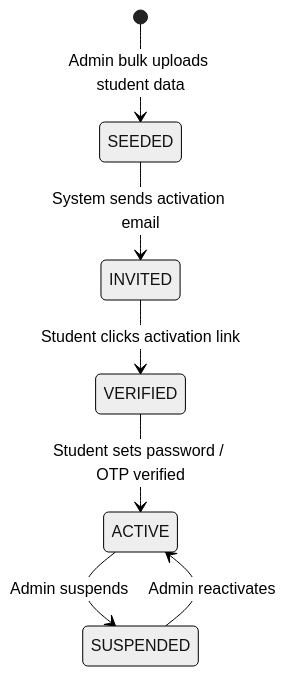
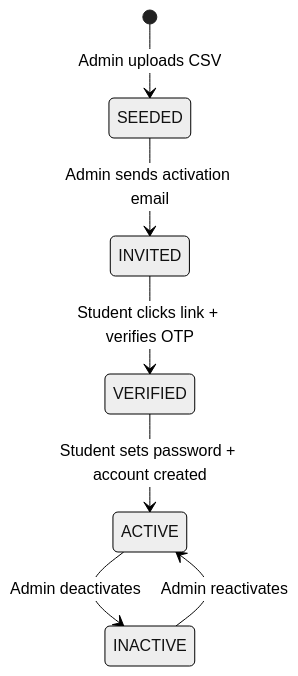
One commit to manoharreddyparne/core_final changed the fourth of 6 diagrams in docs/05_REGISTRATION_AND_ONBOARDING_LIFECYCLE.md. Above: the diagram before and after it, drawn with Mermaid (neutral theme). The commit also changed other lines of this file and 6 other files, not shown here.

````diff
--- a/docs/05_REGISTRATION_AND_ONBOARDING_LIFECYCLE.md
+++ b/docs/05_REGISTRATION_AND_ONBOARDING_LIFECYCLE.md
@@ -95,9 +93,9 @@
 ```mermaid
 stateDiagram-v2
-    [*] --> SEEDED: Admin bulk uploads student data
-    SEEDED --> INVITED: System sends activation email
-    INVITED --> VERIFIED: Student clicks activation link
-    VERIFIED --> ACTIVE: Student sets password / OTP verified
-    ACTIVE --> SUSPENDED: Admin suspends
-    SUSPENDED --> ACTIVE: Admin reactivates
+    [*] --> SEEDED: Admin uploads CSV
+    SEEDED --> INVITED: Admin sends activation email
+    INVITED --> VERIFIED: Student clicks link + verifies OTP
+    VERIFIED --> ACTIVE: Student sets password + account created
+    ACTIVE --> INACTIVE: Admin deactivates
+    INACTIVE --> ACTIVE: Admin reactivates
 ```
````
